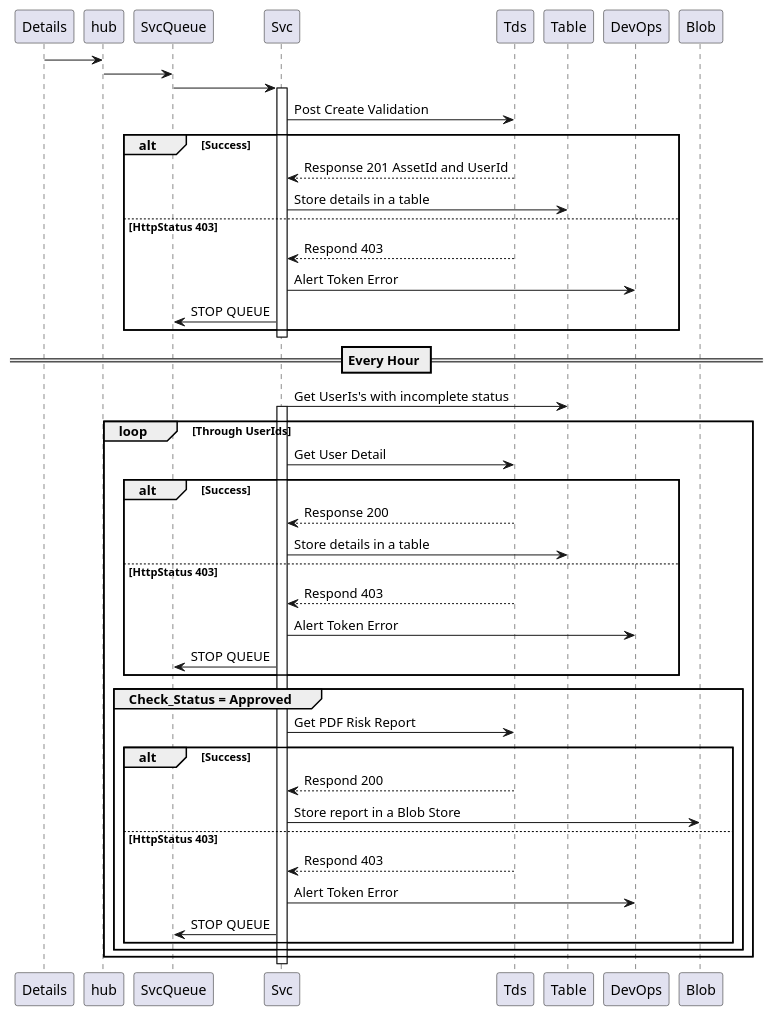
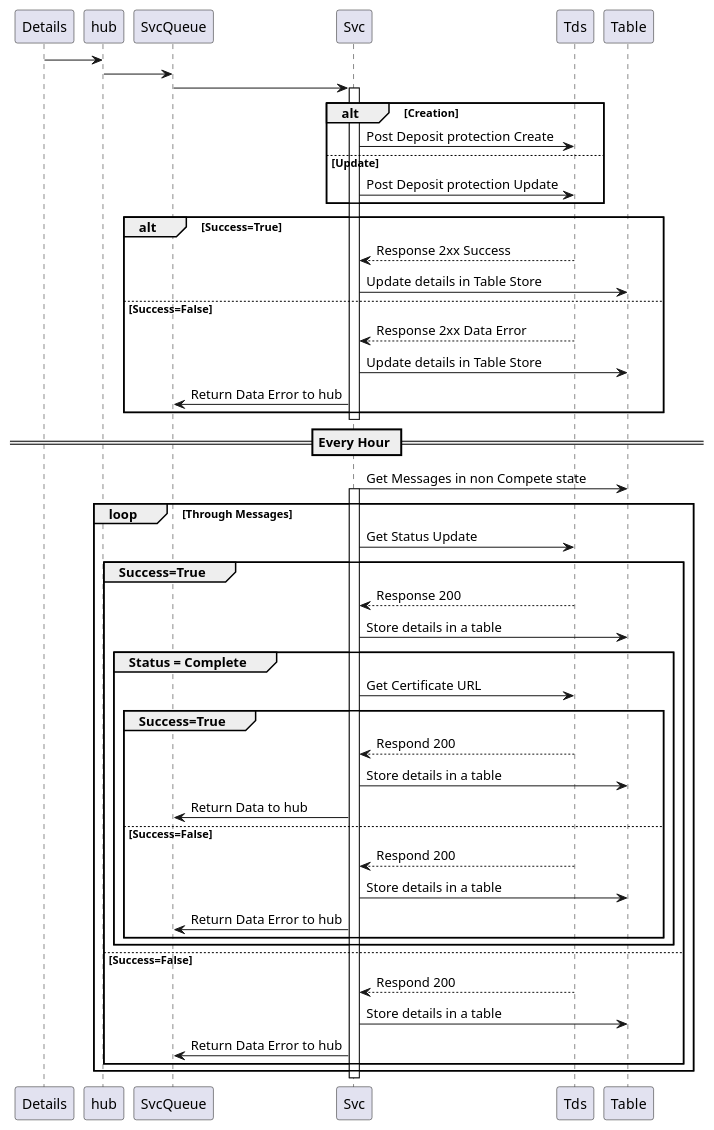
Before and after one commit to Kf-GaryNewport/Kf-GaryNewport.github.io: the diagram in assets/TenancyProgression/TDS-seq.puml, drawn with PlantUML.

```diff
--- a/assets/TenancyProgression/TDS-seq.puml
+++ b/assets/TenancyProgression/TDS-seq.puml
@@ -1,46 +1,54 @@
 @startuml HomePpl Service
 
 Details -> hub
 hub -> SvcQueue
 SvcQueue -> Svc
 Activate Svc
-Svc -> Tds : Post Create Validation
-alt Success
-Svc <-- Tds : Response 201 AssetId and UserId
-Svc -> Table : Store details in a table
-else HttpStatus 403
-Svc <-- Tds : Respond 403
-Svc -> DevOps : Alert Token Error
-Svc -> SvcQueue : STOP QUEUE
+
+alt Creation
+Svc -> Tds : Post Deposit protection Create
+else Update
+Svc -> Tds : Post Deposit protection Update
+end
+
+alt Success=True
+Svc <-- Tds : Response 2xx Success
+Svc -> Table : Update details in Table Store
+else Success=False
+Svc <-- Tds : Response 2xx Data Error
+Svc -> Table : Update details in Table Store
+Svc -> SvcQueue : Return Data Error to hub
 end
 Deactivate Svc
 
 == Every Hour ==
-Svc -> Table : Get UserIs's with incomplete status
+Svc -> Table : Get Messages in non Compete state
 Activate Svc
-Loop Through UserIds
-    Svc -> Tds : Get User Detail
-    alt Success
+Loop Through Messages
+    Svc -> Tds : Get Status Update
+    group Success=True
         Svc <-- Tds : Response 200
         Svc -> Table : Store details in a table
-    else HttpStatus 403
-        Svc <-- Tds : Respond 403
-        Svc -> DevOps : Alert Token Error
-        Svc -> SvcQueue : STOP QUEUE
+        group Status = Complete
+            Svc -> Tds : Get Certificate URL
+            group Success=True
+                Svc <-- Tds : Respond 200
+                Svc -> Table : Store details in a table
+                Svc -> SvcQueue : Return Data to hub
+            else Success=False
+                Svc <-- Tds : Respond 200
+                Svc -> Table : Store details in a table
+                Svc -> SvcQueue : Return Data Error to hub
+            end
+        end
+    else Success=False
+        Svc <-- Tds : Respond 200
+        Svc -> Table : Store details in a table
+        Svc -> SvcQueue : Return Data Error to hub
     end
-        Group Check_Status = Approved
-            Svc -> Tds : Get PDF Risk Report
-            alt Success
-                Svc <-- Tds : Respond 200
-                Svc -> Blob : Store report in a Blob Store
-            else HttpStatus 403
-                Svc <-- Tds : Respond 403
-                Svc -> DevOps : Alert Token Error
-                Svc -> SvcQueue : STOP QUEUE
-            end
-        End
+
 End
 Deactivate Svc
 
 
 @enduml
```
